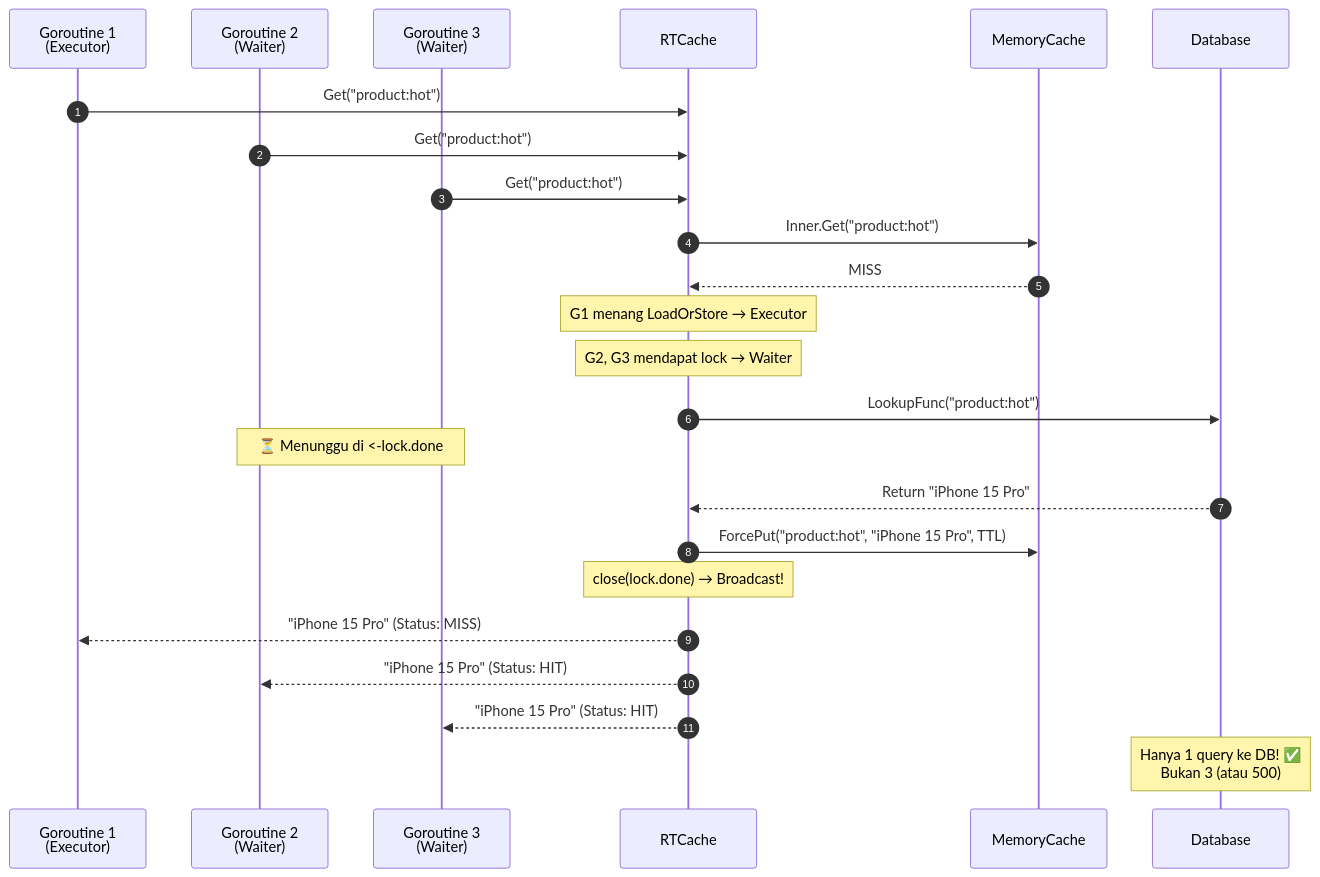
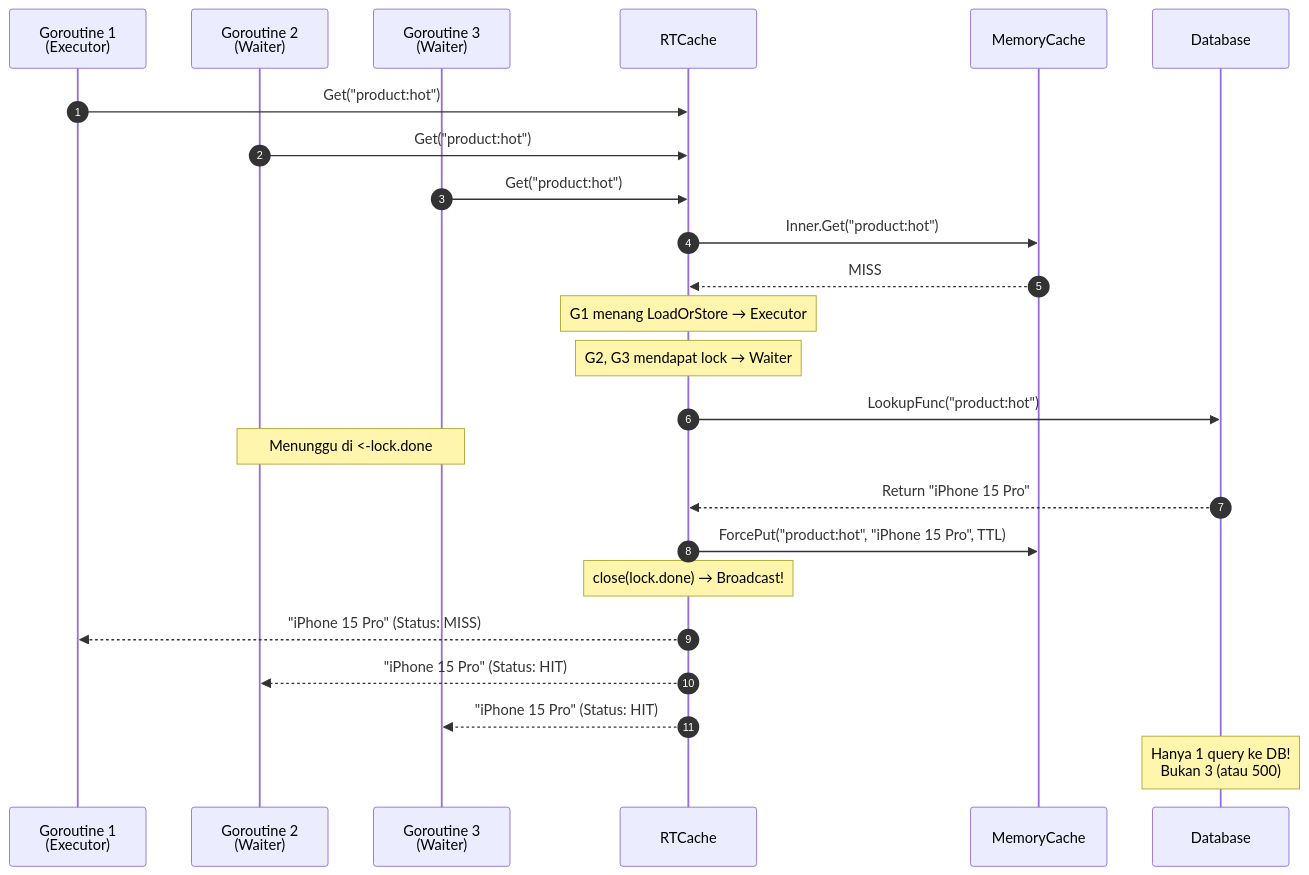
Before and after one commit to semmidev/go-cache: the third of 6 diagrams in README.md, drawn with Mermaid. The commit also changed other lines of this file, not shown here.

````diff
--- a/README.md
+++ b/README.md
@@ -409,33 +409,33 @@
 ```mermaid
 sequenceDiagram
     autonumber
     participant G1 as Goroutine 1<br/>(Executor)
     participant G2 as Goroutine 2<br/>(Waiter)
     participant G3 as Goroutine 3<br/>(Waiter)
     participant RT as RTCache
     participant MC as MemoryCache
     participant DB as Database
 
     G1->>RT: Get("product:hot")
     G2->>RT: Get("product:hot")
     G3->>RT: Get("product:hot")
 
     RT->>MC: Inner.Get("product:hot")
     MC-->>RT: MISS
 
     Note over RT: G1 menang LoadOrStore → Executor
     Note over RT: G2, G3 mendapat lock → Waiter
 
     RT->>DB: LookupFunc("product:hot")
-    Note over G2,G3: ⏳ Menunggu di <-lock.done
+    Note over G2,G3: Menunggu di <-lock.done
 
     DB-->>RT: Return "iPhone 15 Pro"
     RT->>MC: ForcePut("product:hot", "iPhone 15 Pro", TTL)
     Note over RT: close(lock.done) → Broadcast!
 
     RT-->>G1: "iPhone 15 Pro" (Status: MISS)
     RT-->>G2: "iPhone 15 Pro" (Status: HIT) 
     RT-->>G3: "iPhone 15 Pro" (Status: HIT)
 
-    Note over DB: Hanya 1 query ke DB! ✅<br/>Bukan 3 (atau 500)
+    Note over DB: Hanya 1 query ke DB!<br/>Bukan 3 (atau 500)
 ```
````
